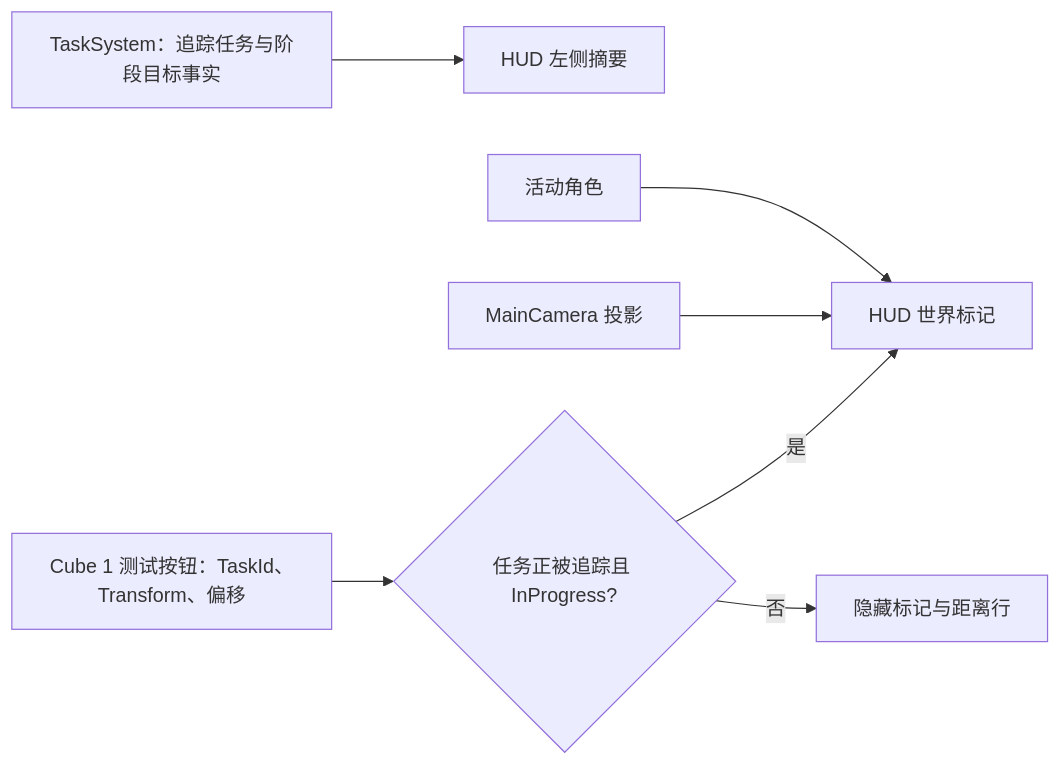
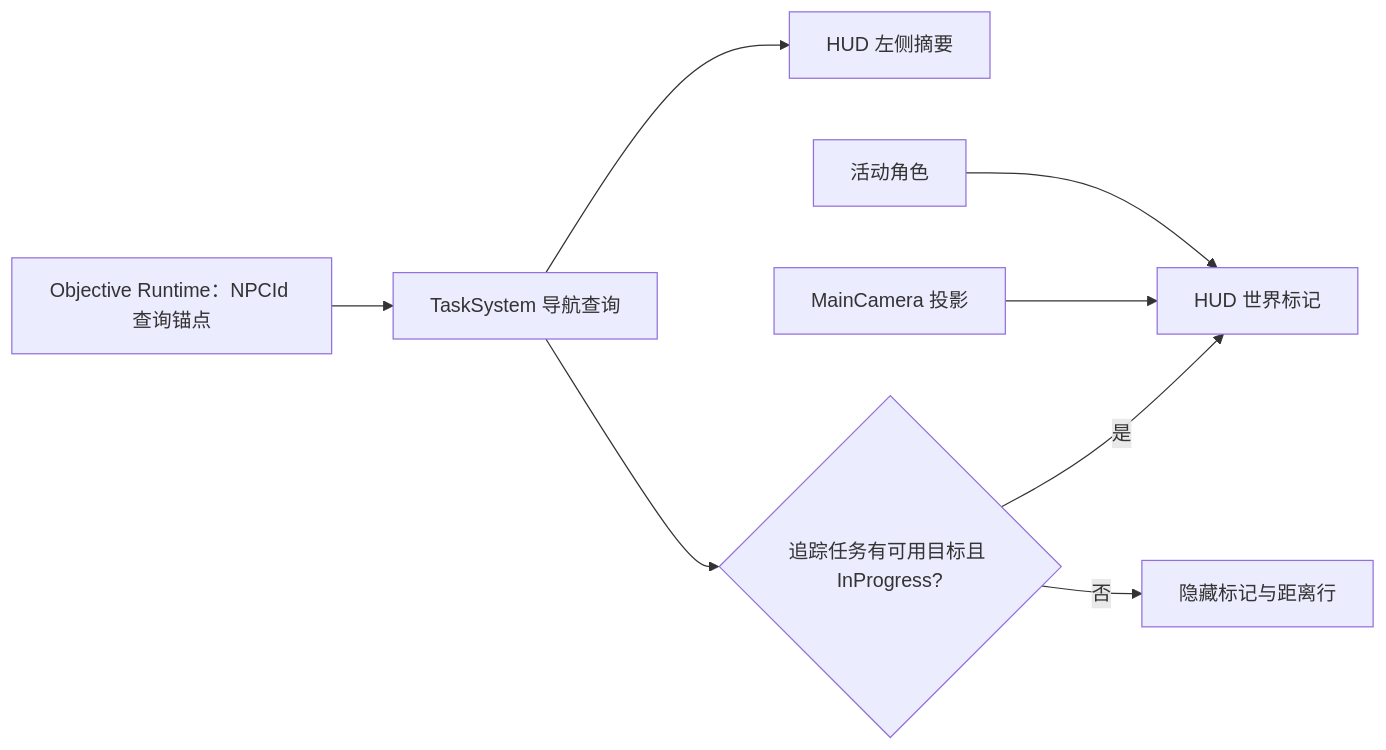
The fifth of 7 diagrams in Assets/Scripts/TaskSystem/TaskSystem_Requirements.md (Whitesheeeep/3DRPG), drawn with Mermaid before and after one commit. The commit also changed other lines of this file and 142 other files, not shown here.

```diff
--- a/Assets/Scripts/TaskSystem/TaskSystem_Requirements.md
+++ b/Assets/Scripts/TaskSystem/TaskSystem_Requirements.md
@@ -339,9 +332,10 @@
 ~~~mermaid
 flowchart LR
     Facts[TaskSystem：追踪任务与阶段目标事实] --> Tracker[HUD 左侧摘要]
-    Test[Cube 1 测试按钮：TaskId、Transform、偏移] --> Gate{任务正被追踪且 InProgress?}
+    Runtime[Objective Runtime：NPCId 查询锚点] --> Facts[TaskSystem 导航查询]
+    Facts --> Gate{追踪任务有可用目标且 InProgress?}
     Player[活动角色] --> Marker[HUD 世界标记]
     Camera[MainCamera 投影] --> Marker
     Gate -->|是| Marker
     Gate -->|否| Hidden[隐藏标记与距离行]
 ~~~
```
